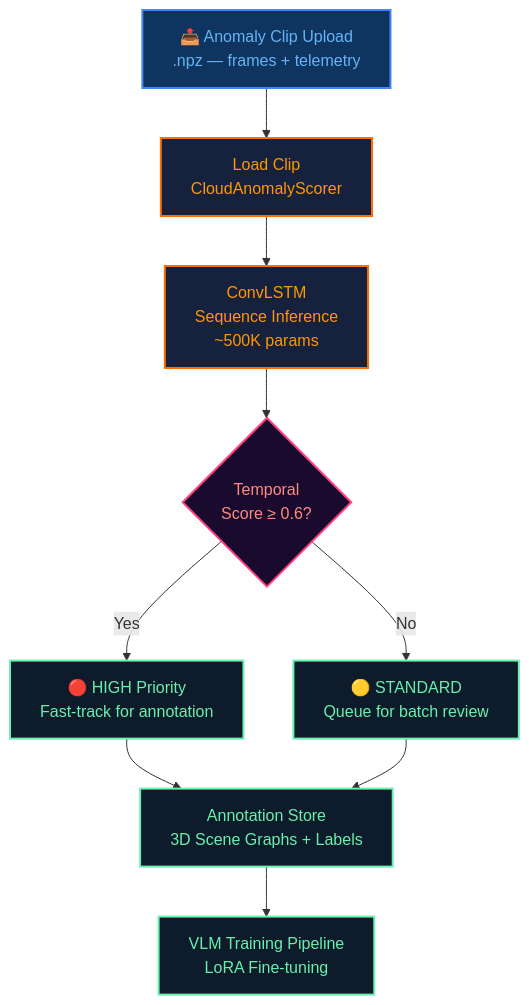
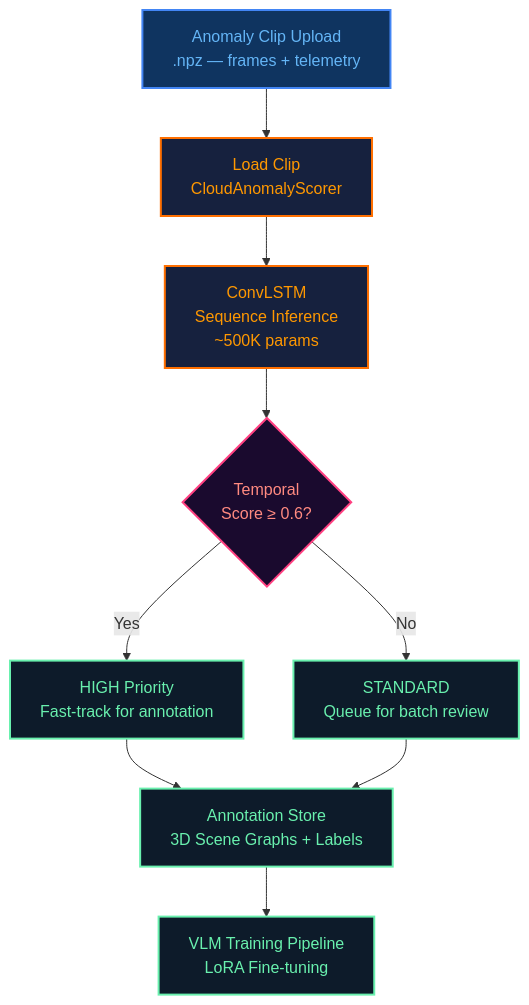
Before and after one commit to BHUKKADDD/ADAS: the third of 3 diagrams in README.md, drawn with Mermaid. The commit also changed other lines of this file and 3 other files, not shown here.

````diff
--- a/README.md
+++ b/README.md
@@ -135,21 +135,21 @@
 ```mermaid
 flowchart TD
     classDef ingest fill:#0f3460,stroke:#4285F4,stroke-width:2px,color:#64B5F6
     classDef score  fill:#16213e,stroke:#FF6F00,stroke-width:2px,color:#FF9800
     classDef store  fill:#0d1b2a,stroke:#69F0AE,stroke-width:2px,color:#69F0AE
     classDef gate   fill:#1a0a2e,stroke:#FF4081,stroke-width:2px,color:#FF8A80
 
-    UPLOAD["📤 Anomaly Clip Upload\n.npz — frames + telemetry"]:::ingest
+    UPLOAD["Anomaly Clip Upload\n.npz — frames + telemetry"]:::ingest
     LOAD["Load Clip\nCloudAnomalyScorer"]:::score
     CONV["ConvLSTM\nSequence Inference\n~500K params"]:::score
     SCORE{"Temporal\nScore ≥ 0.6?"}:::gate
-    HIGH["🔴 HIGH Priority\nFast-track for annotation"]:::store
-    LOW["🟡 STANDARD\nQueue for batch review"]:::store
+    HIGH["HIGH Priority\nFast-track for annotation"]:::store
+    LOW["STANDARD\nQueue for batch review"]:::store
     ANNOT["Annotation Store\n3D Scene Graphs + Labels"]:::store
     VLM["VLM Training Pipeline\nLoRA Fine-tuning"]:::store
 
     UPLOAD --> LOAD --> CONV --> SCORE
     SCORE -- Yes --> HIGH --> ANNOT
     SCORE -- No  --> LOW  --> ANNOT
     ANNOT --> VLM
 ```
````
